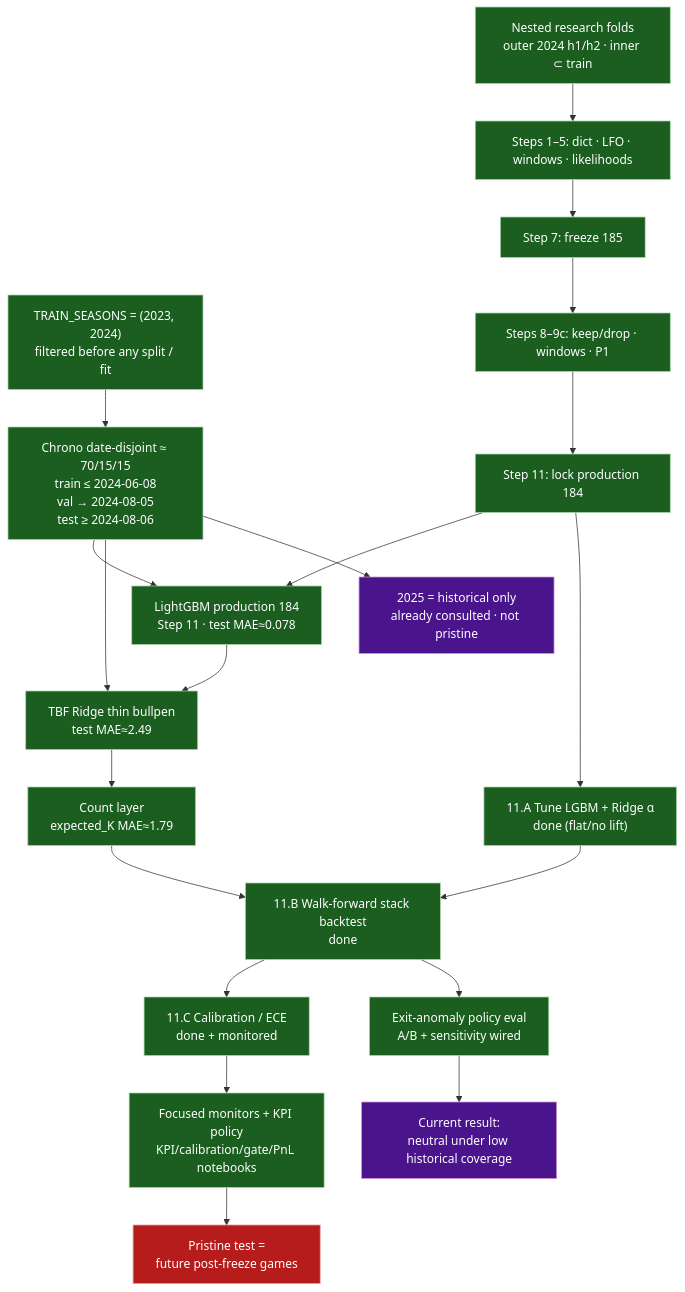
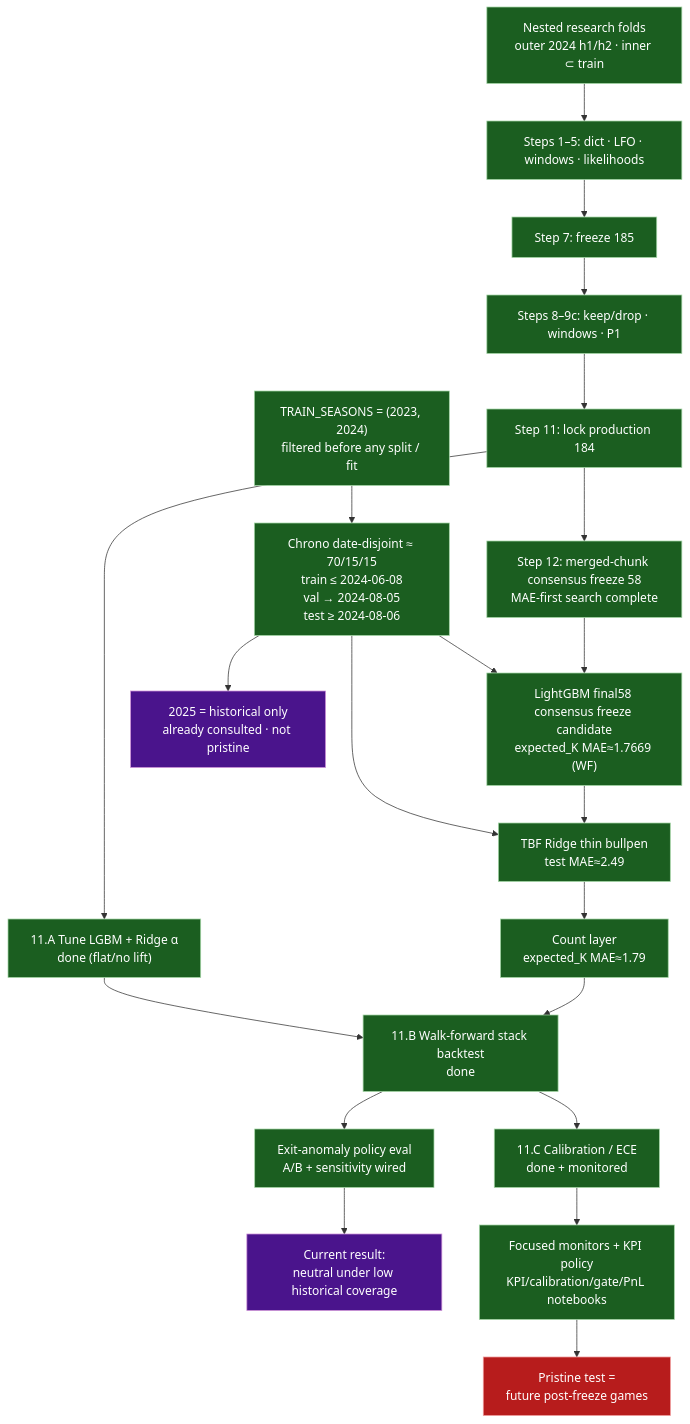
Before and after one commit to Cbkaplinger/MLB-Props: the diagram in docs/diagrams/03-modeling-and-evaluation.md, drawn with Mermaid. The commit also changed other lines of this file and 191 other files, not shown here.

````diff
--- a/docs/diagrams/03-modeling-and-evaluation.md
+++ b/docs/diagrams/03-modeling-and-evaluation.md
@@ -6,43 +6,44 @@
 ```mermaid
 flowchart TB
   classDef built fill:#1b5e20,stroke:#a5d6a7,color:#fff
   classDef partial fill:#e65100,stroke:#ffcc80,color:#fff
   classDef missing fill:#b71c1c,stroke:#ef9a9a,color:#fff
   classDef risk fill:#4a148c,stroke:#ce93d8,color:#fff
   classDef next fill:#01579b,stroke:#81d4fa,color:#fff
 
   SEAS["TRAIN_SEASONS = (2023, 2024)<br/>filtered before any split / fit"]:::built
   SPLIT["Chrono date-disjoint ≈ 70/15/15<br/>train ≤ 2024-06-08<br/>val → 2024-08-05<br/>test ≥ 2024-08-06"]:::built
   NEST["Nested research folds<br/>outer 2024 h1/h2 · inner ⊂ train"]:::built
 
-  LGBM["LightGBM production 184<br/>Step 11 · test MAE≈0.078"]:::built
+  LGBM["LightGBM final58 consensus freeze candidate<br/>expected_K MAE≈1.7669 (WF)"]:::built
   TBF["TBF Ridge thin bullpen<br/>test MAE≈2.49"]:::built
   CNT["Count layer<br/>expected_K MAE≈1.79"]:::built
   HOLD["2025 = historical only<br/>already consulted · not pristine"]:::risk
 
   S1["Steps 1–5: dict · LFO · windows · likelihoods"]:::built
   S7["Step 7: freeze 185"]:::built
   S89["Steps 8–9c: keep/drop · windows · P1"]:::built
   S10["Step 11: lock production 184"]:::built
+  S12["Step 12: merged-chunk consensus freeze 58<br/>MAE-first search complete"]:::built
 
   TUNE["11.A Tune LGBM + Ridge α<br/>done (flat/no lift)"]:::built
   WF["11.B Walk-forward stack backtest<br/>done"]:::built
   CAL["11.C Calibration / ECE<br/>done + monitored"]:::built
   ANOM["Exit-anomaly policy eval<br/>A/B + sensitivity wired"]:::built
   ANOMRES["Current result:<br/>neutral under low historical coverage"]:::risk
   PMON["Focused monitors + KPI policy<br/>KPI/calibration/gate/PnL notebooks"]:::built
   NEXT["Pristine test =<br/>future post-freeze games"]:::missing
 
   SEAS --> SPLIT
   SPLIT --> LGBM
   SPLIT --> TBF
   SPLIT --> HOLD
   NEST --> S1
-  S1 --> S7 --> S89 --> S10
-  S10 --> LGBM
+  S1 --> S7 --> S89 --> S10 --> S12
+  S12 --> LGBM
   LGBM --> TBF --> CNT
   S10 --> TUNE --> WF --> CAL
   CNT --> WF
   CAL --> PMON --> NEXT
   WF --> ANOM --> ANOMRES
 ```
````
